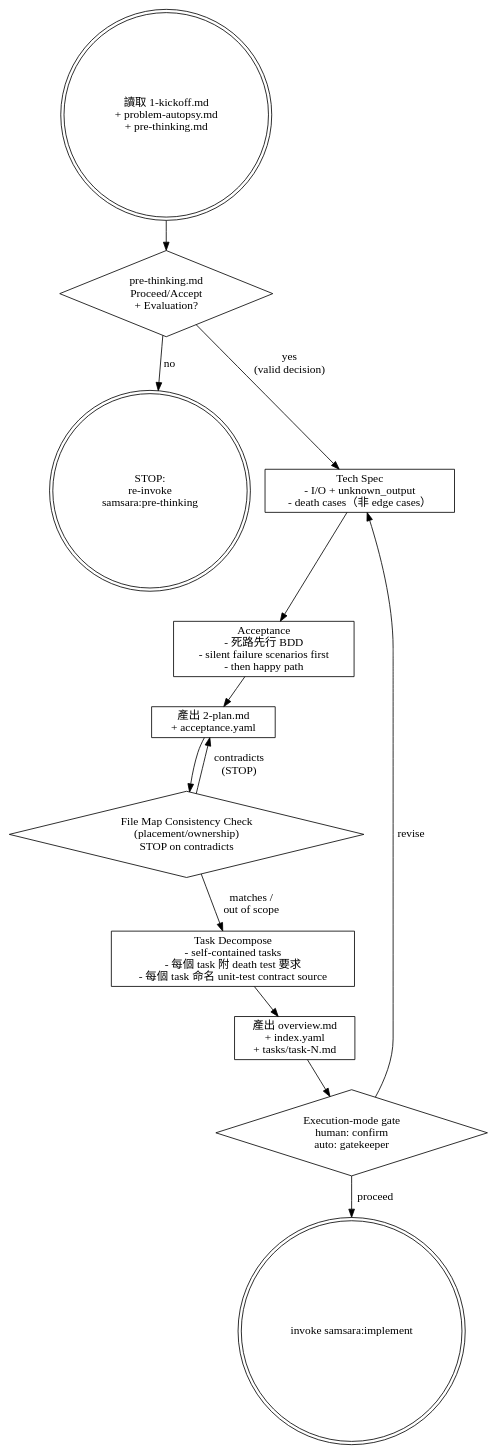
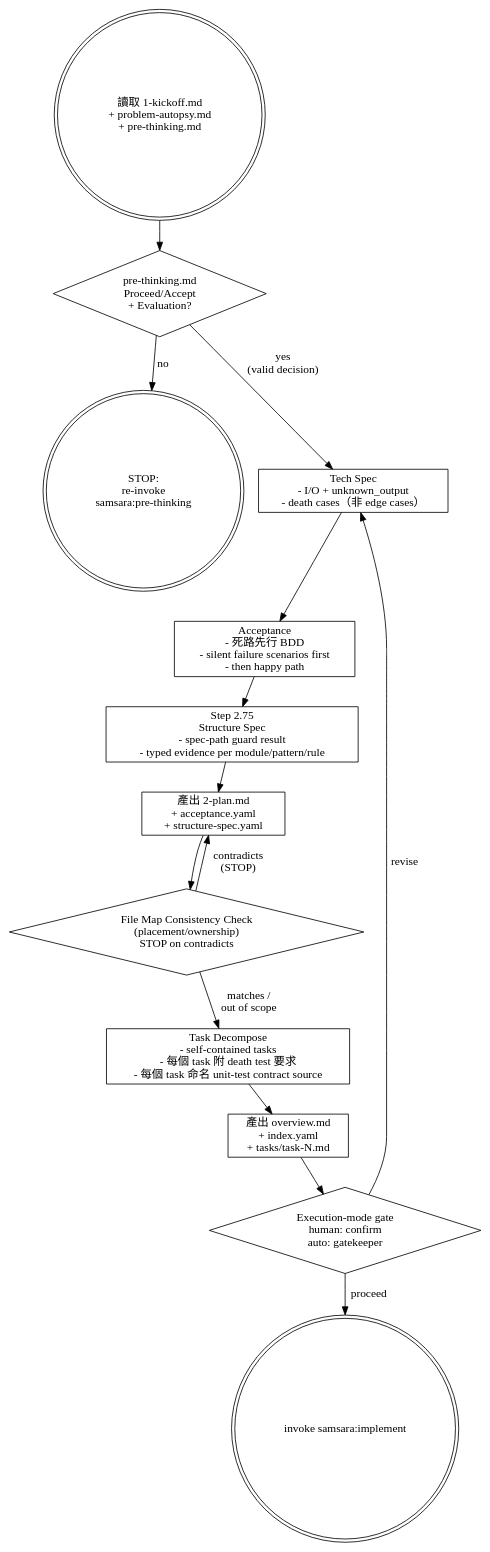
One commit to roymondliao/samsara changed the diagram in skills/planning/SKILL.md. Above: the diagram before and after it, drawn with Graphviz. The commit also changed other lines of this file and 46 other files, not shown here.

First line of the commit message:
feat(structural-honesty): generation-time structure spec across the workflow

````diff
--- a/skills/planning/SKILL.md
+++ b/skills/planning/SKILL.md
@@ -23,30 +34,32 @@
 ```dot
 digraph planning {
     node [shape=box];
 
     start [label="讀取 1-kickoff.md\n+ problem-autopsy.md\n+ pre-thinking.md" shape=doublecircle];
     guard [label="pre-thinking.md\nProceed/Accept\n+ Evaluation?" shape=diamond];
     blocked [label="STOP:\nre-invoke\nsamsara:pre-thinking" shape=doublecircle];
     spec [label="Tech Spec\n- I/O + unknown_output\n- death cases（非 edge cases）"];
     acceptance [label="Acceptance\n- 死路先行 BDD\n- silent failure scenarios first\n- then happy path"];
-    plan [label="產出 2-plan.md\n+ acceptance.yaml"];
+    structure_spec [label="Step 2.75\nStructure Spec\n- spec-path guard result\n- typed evidence per module/pattern/rule"];
+    plan [label="產出 2-plan.md\n+ acceptance.yaml\n+ structure-spec.yaml"];
     consistency [label="File Map Consistency Check\n(placement/ownership)\nSTOP on contradicts" shape=diamond];
     decompose [label="Task Decompose\n- self-contained tasks\n- 每個 task 附 death test 要求\n- 每個 task 命名 unit-test contract source"];
     output [label="產出 overview.md\n+ index.yaml\n+ tasks/task-N.md"];
     gate [label="Execution-mode gate\nhuman: confirm\nauto: gatekeeper" shape=diamond];
     next [label="invoke samsara:implement" shape=doublecircle];
 
     start -> guard;
     guard -> spec [label="yes\n(valid decision)"];
     guard -> blocked [label="no"];
     spec -> acceptance;
-    acceptance -> plan;
+    acceptance -> structure_spec;
+    structure_spec -> plan;
     plan -> consistency;
     consistency -> decompose [label="matches /\nout of scope"];
     consistency -> plan [label="contradicts\n(STOP)"];
     decompose -> output;
     output -> gate;
     gate -> next [label="proceed"];
     gate -> spec [label="revise"];
 }
 ```
````
